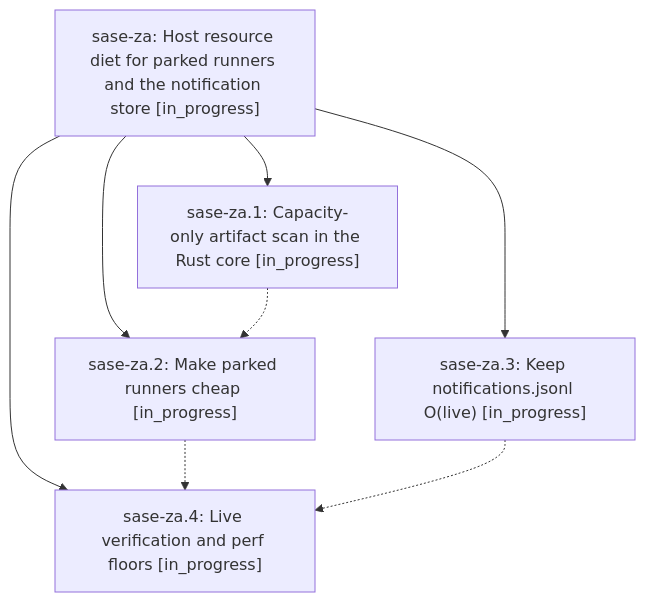
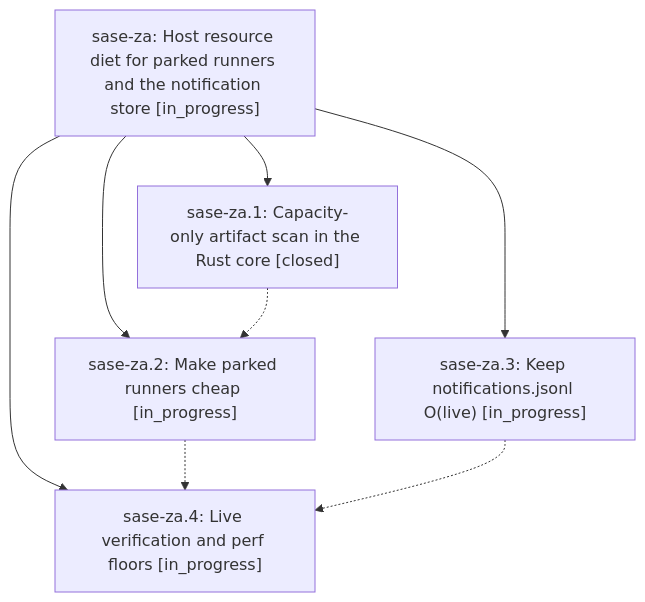
One commit to sase-org/sase--beads changed the diagram in pages/sase-za/README.md. Above: the diagram before and after it, drawn with Mermaid. The commit also changed other lines of this file and 2 other files, not shown here.

First line of the commit message:
chore(beads): sync bead state and pages for sase-za

````diff
--- a/pages/sase-za/README.md
+++ b/pages/sase-za/README.md
@@ -37,15 +37,15 @@
 ```mermaid
 flowchart TD
     n0["sase-za: Host resource diet for parked runners and the notification store [in_progress]"]
-    n1["sase-za.1: Capacity-only artifact scan in the Rust core [in_progress]"]
+    n1["sase-za.1: Capacity-only artifact scan in the Rust core [closed]"]
     n2["sase-za.2: Make parked runners cheap [in_progress]"]
     n3["sase-za.3: Keep notifications.jsonl O(live) [in_progress]"]
     n4["sase-za.4: Live verification and perf floors [in_progress]"]
     n0 --> n1
     n0 --> n2
     n0 --> n3
     n0 --> n4
     n1 -.-> n2
     n2 -.-> n4
     n3 -.-> n4
 ```
````
